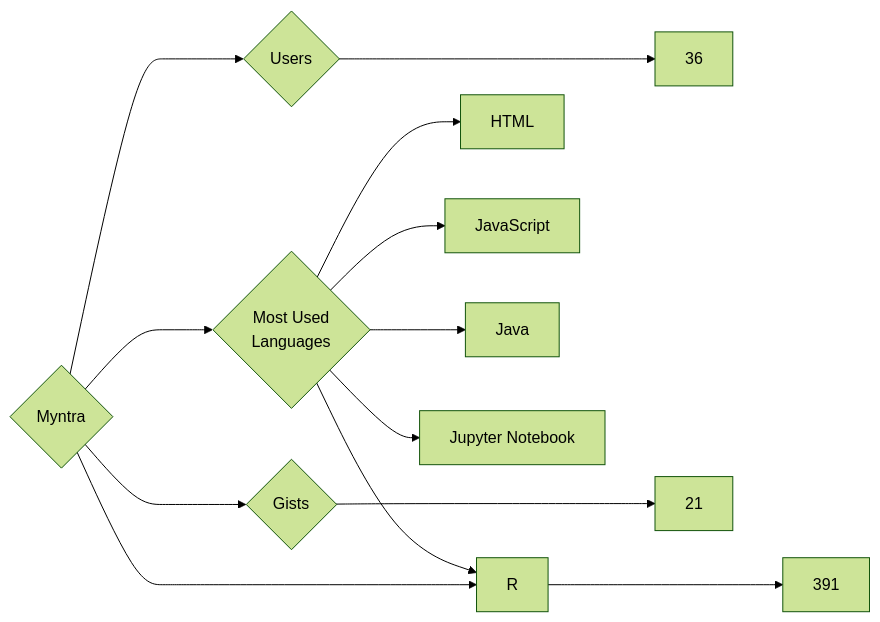
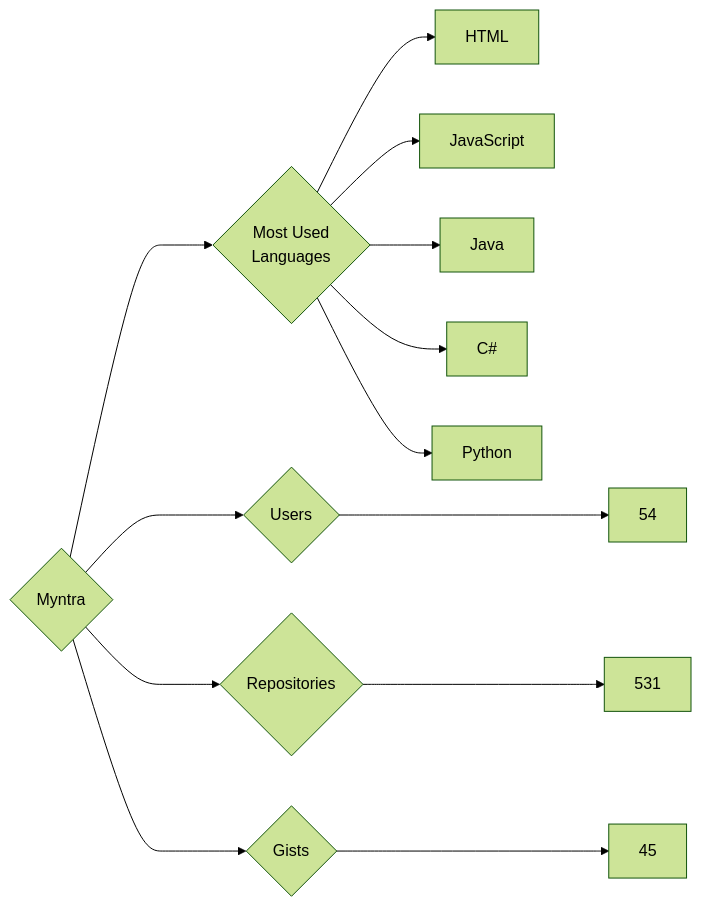
The diagram in targets/Myntra/README.md (trickest/insiders), drawn with Mermaid (forest theme) before and after one commit. The commit also changed 948 other files, not shown here.

````diff
--- a/targets/Myntra/README.md
+++ b/targets/Myntra/README.md
@@ -3,13 +3,13 @@
 ```mermaid
 graph LR
 COMPANY_NAME{Myntra}
-COMPANY_NAME ---> U{Users} ---> UN[36]
-COMPANY_NAME ---> R{Repositories} ---> RN[391]
-COMPANY_NAME ---> G{Gists} ---> GN[21]
+COMPANY_NAME ---> U{Users} ---> UN[54]
+COMPANY_NAME ---> R{Repositories} ---> RN[531]
+COMPANY_NAME ---> G{Gists} ---> GN[45]
 COMPANY_NAME ---> ML{Most Used<br>Languages}
 ML --> HTML[HTML]
 ML --> JavaScript[JavaScript]
-ML --> R[R]
 ML --> Java[Java]
-ML --> Jupyter_Notebook[Jupyter Notebook]
+ML --> C#[C#]
+ML --> Python[Python]
 ```
````
